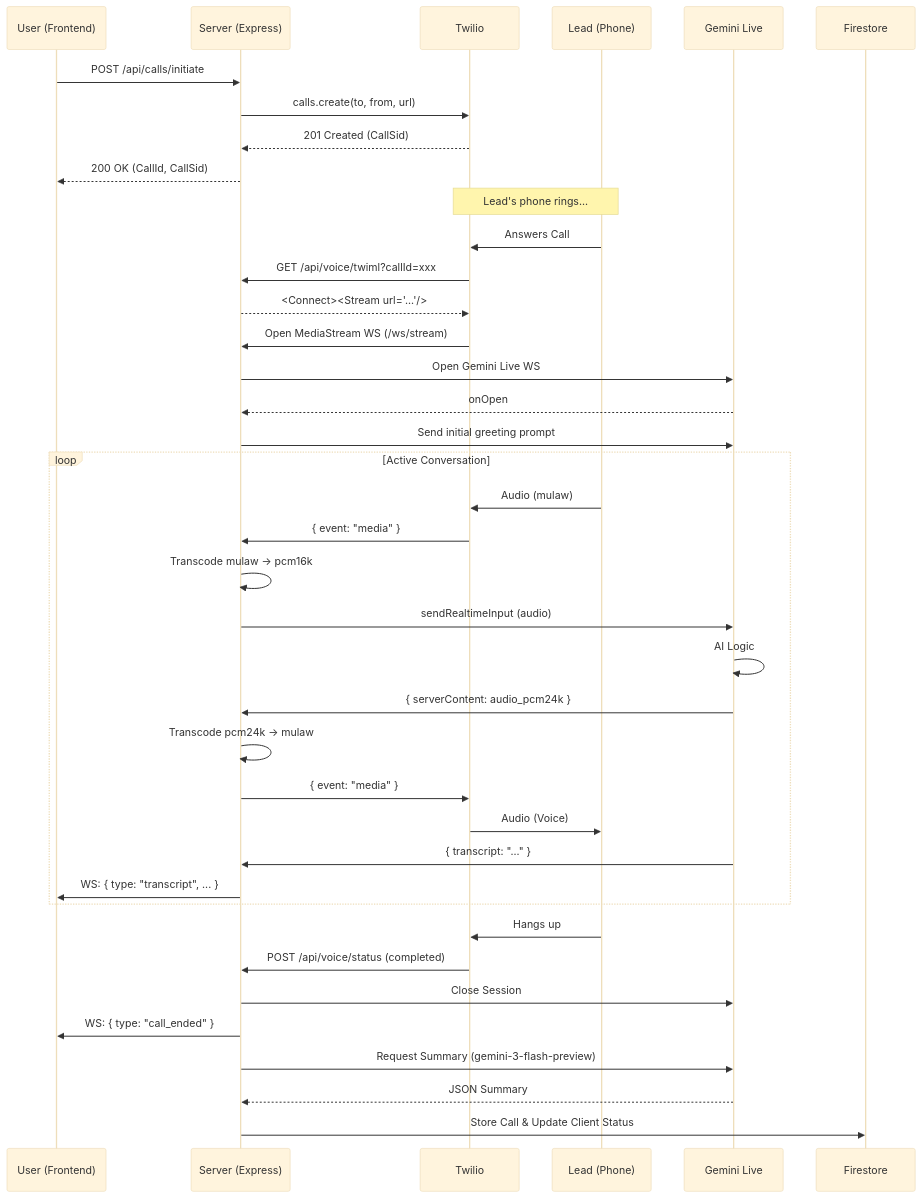
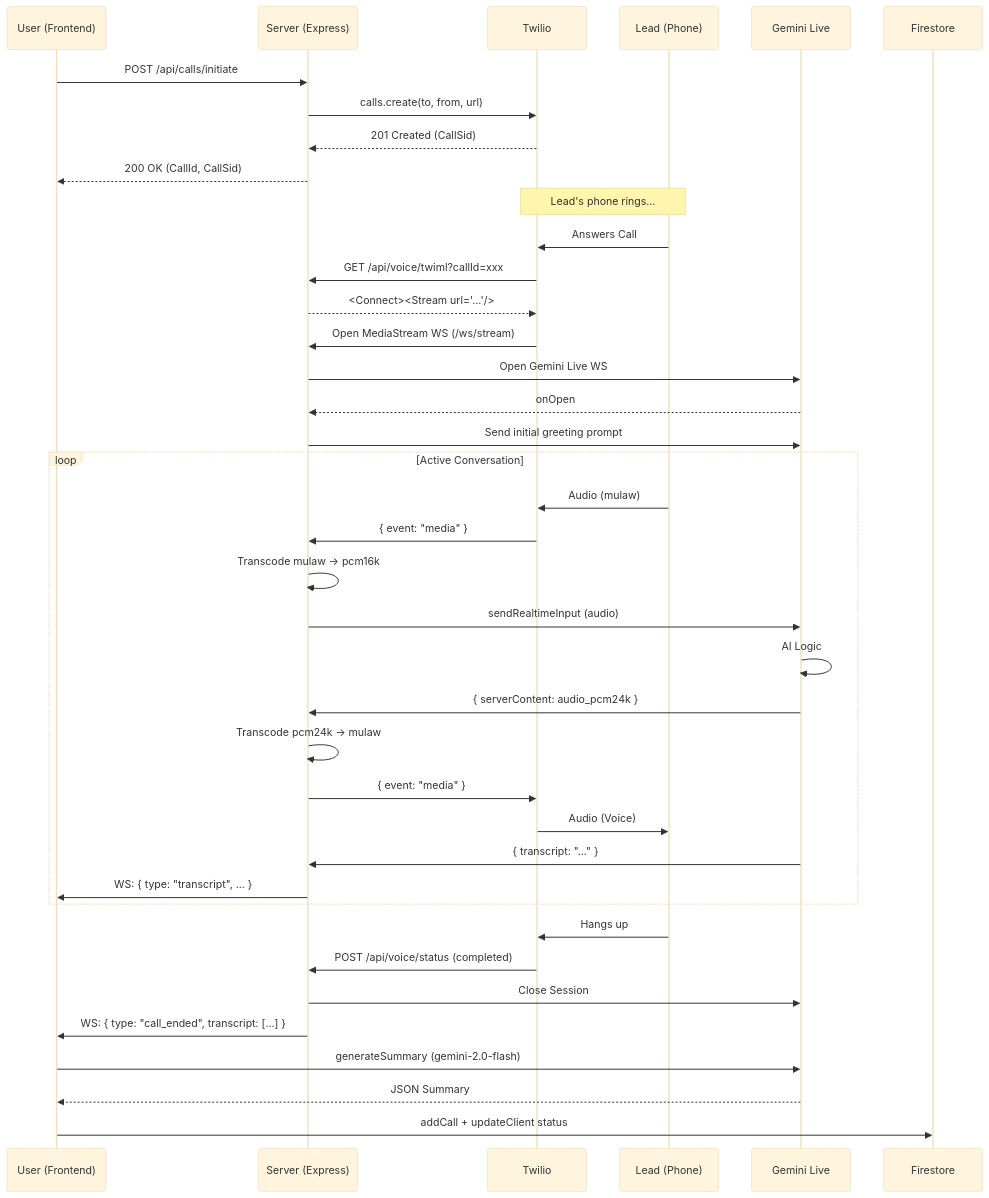
Before and after one commit to drdhavaltrivedi/vocalbridge-sales-ai: the second of 6 diagrams in README.md, drawn with Mermaid (base theme). The commit also changed other lines of this file, not shown here.

````diff
--- a/README.md
+++ b/README.md
@@ -146,46 +167,46 @@
 ```mermaid
 sequenceDiagram
     participant U as User (Frontend)
     participant S as Server (Express)
     participant T as Twilio
     participant L as Lead (Phone)
     participant G as Gemini Live
     participant D as Firestore
 
     U->>S: POST /api/calls/initiate
     S->>T: calls.create(to, from, url)
     T-->>S: 201 Created (CallSid)
     S-->>U: 200 OK (CallId, CallSid)
 
     Note over T,L: Lead's phone rings...
     L->>T: Answers Call
     T->>S: GET /api/voice/twiml?callId=xxx
     S-->>T: <Connect><Stream url="..."/>
 
     T->>S: Open MediaStream WS (/ws/stream)
     S->>G: Open Gemini Live WS
     G-->>S: onOpen
     S->>G: Send initial greeting prompt
 
     loop Active Conversation
         L->>T: Audio (mulaw)
         T->>S: { event: "media" }
         S->>S: Transcode mulaw -> pcm16k
         S->>G: sendRealtimeInput (audio)
         G->>G: AI Logic
         G->>S: { serverContent: audio_pcm24k }
         S->>S: Transcode pcm24k -> mulaw
         S->>T: { event: "media" }
         T->>L: Audio (Voice)
         G->>S: { transcript: "..." }
         S->>U: WS: { type: "transcript", ... }
     end
 
     L->>T: Hangs up
     T->>S: POST /api/voice/status (completed)
     S->>G: Close Session
-    S->>U: WS: { type: "call_ended" }
-    S->>G: Request Summary (gemini-3-flash-preview)
-    G-->>S: JSON Summary
-    S->>D: Store Call & Update Client Status
+    S->>U: WS: { type: "call_ended", transcript: [...] }
+    U->>G: generateSummary (gemini-2.0-flash)
+    G-->>U: JSON Summary
+    U->>D: addCall + updateClient status
 ```
````
